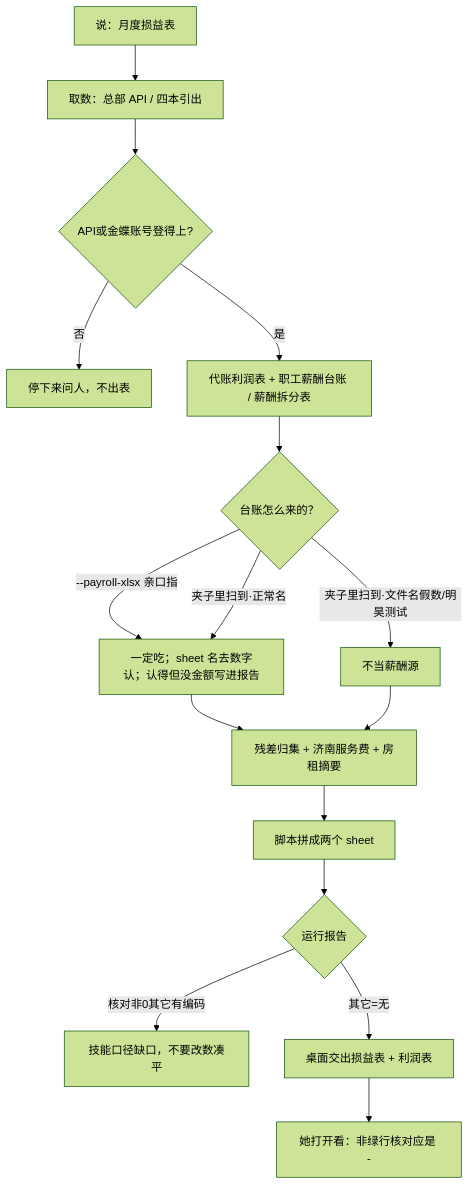
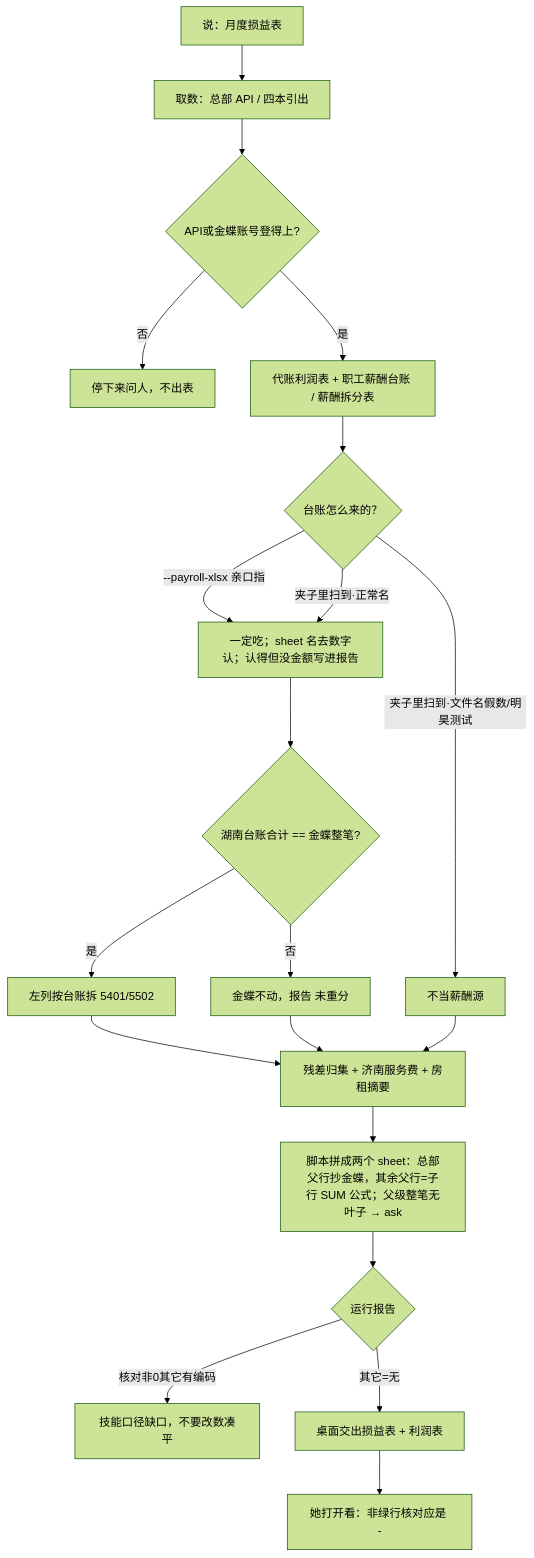
One commit to EvanLee2004/finance-skills changed the diagram in skills/pl-dept-report/README.md. Above: the diagram before and after it, drawn with Mermaid (forest theme). The commit also changed other lines of this file and 6 other files, not shown here.

Commit message:
feat(pl-dept-report): 斯佳 9/14 口径——非总部父行左列=子行 SUM 公式；湖南台账合计对得上金蝶才按台账拆左列；父级整笔无叶子 ask

````diff
--- a/skills/pl-dept-report/README.md
+++ b/skills/pl-dept-report/README.md
@@ -58,18 +58,22 @@
 ```mermaid
 flowchart TD
   A["说：月度损益表"] --> B["取数：总部 API / 四本引出"]
   B --> B1{"API或金蝶账号登得上?"}
   B1 -->|否| Z["停下来问人，不出表"]
   B1 -->|是| C["代账利润表 + 职工薪酬台账 / 薪酬拆分表"]
   C --> C1{"台账怎么来的？"}
   C1 -->|夹子里扫到·文件名假数/明昊测试| C3["不当薪酬源"]
   C1 -->|--payroll-xlsx 亲口指| C4["一定吃；sheet 名去数字认；认得但没金额写进报告"]
   C1 -->|夹子里扫到·正常名| C4
-  C4 --> C2["残差归集 + 济南服务费 + 房租摘要"]
+  C4 --> C5{"湖南台账合计 == 金蝶整笔?"}
+  C5 -->|是| C6["左列按台账拆 5401/5502"]
+  C5 -->|否| C7["金蝶不动，报告 未重分"]
+  C6 --> C2["残差归集 + 济南服务费 + 房租摘要"]
+  C7 --> C2
   C3 --> C2
-  C2 --> D["脚本拼成两个 sheet"]
+  C2 --> D["脚本拼成两个 sheet：总部父行抄金蝶，其余父行=子行 SUM 公式；父级整笔无叶子 → ask"]
   D --> E{"运行报告"}
   E -->|核对非0其它有编码| X["技能口径缺口，不要改数凑平"]
   E -->|其它=无| G["桌面交出损益表 + 利润表"]
   G --> H["她打开看：非绿行核对应是 -"]
 ```
````
